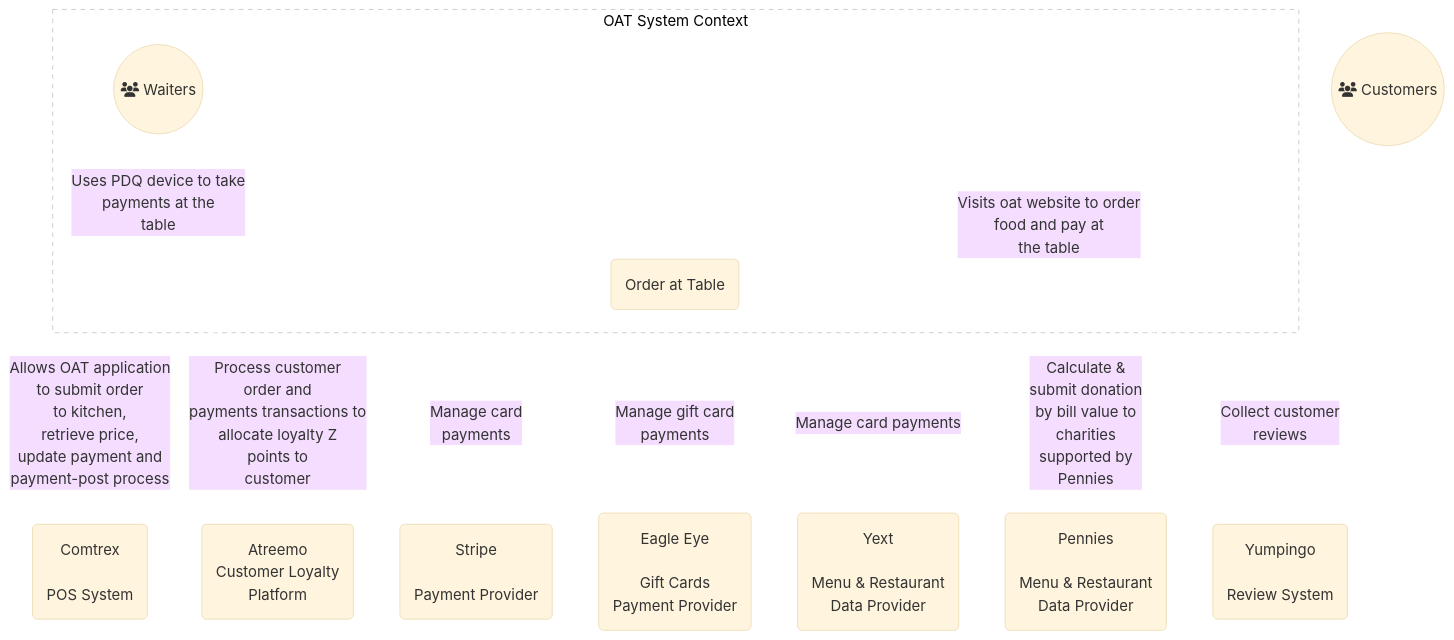
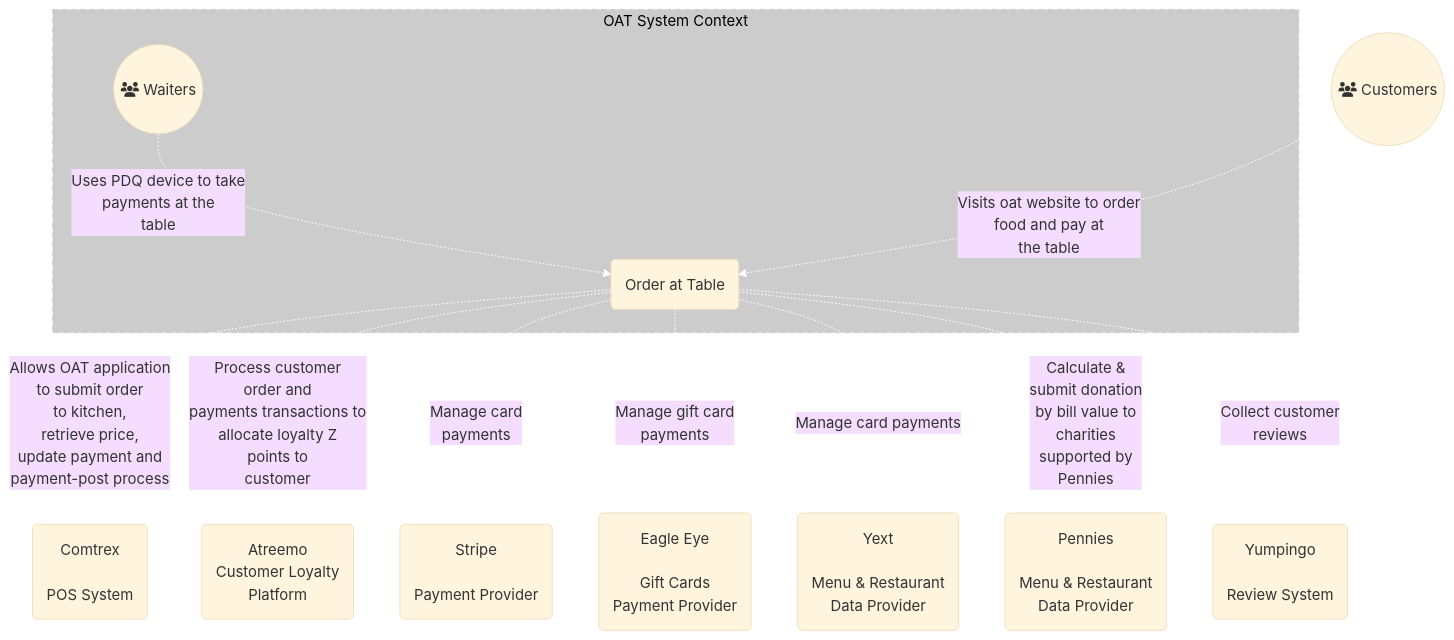
The first of 5 diagrams in README.md (anandakumarpalanisamy/css-recipes), drawn with Mermaid before and after one commit.

````diff
--- a/README.md
+++ b/README.md
@@ -3,18 +3,18 @@
 ```mermaid
 %%{init: {'theme':'base','themeVariables': { 'lineColor': '#ffffff'}}}%%
 graph TB
     subgraph SystemContext [OAT System Context]
-    style SystemContext fill:#fff,stroke:#ccc,stroke-width:1px,color:#000,stroke-dasharray: 5 5
+    style SystemContext fill:#ccc,stroke:#ccc,stroke-width:1px,color:#000,stroke-dasharray: 5 5
     Waiter((fa:fa-users Waiters)) -. "Uses PDQ device to take<br/>payments at the<br/>table" .-> OAT(Order at Table)
     end
 
     Customer((fa:fa-users Customers)) -. "Visits oat website to order<br/>food and pay at<br/> the table" .-> OAT(Order at Table)
     OAT(Order at Table) -. "Allows OAT application<br/> to submit order<br/> to kitchen,<br/> retrieve price,<br/> update payment and<br/> payment-post process" .-> Comtrex(Comtrex<br/></br/>POS System )
     OAT(Order at Table) -. "Process customer<br/> order and<br/> payments transactions to<br/> allocate loyalty Z<br/> points to<br/> customer" .-> Atreemo(Atreemo <br/> Customer Loyalty <br/> Platform)
     OAT(Order at Table) -. "Manage card<br/> payments" .-> Stripe(Stripe <br/><br/> Payment Provider)
     OAT(Order at Table) -. "Manage gift card<br/> payments" .-> EagleEye(Eagle Eye <br/><br/> Gift Cards<br/> Payment Provider)
     OAT(Order at Table) -. "Manage card payments" .-> Yext(Yext <br/><br/> Menu & Restaurant<br> Data Provider)
     OAT(Order at Table) -. "Calculate &<br/> submit donation<br/> by bill value to<br/> charities<br/> supported by<br/> Pennies" .-> Pennies(Pennies <br/><br/> Menu & Restaurant<br> Data Provider)
     OAT(Order at Table) -. "Collect customer<br/> reviews" .-> Yumpingo(Yumpingo <br/><br/> Review System)
     
 ```
````
